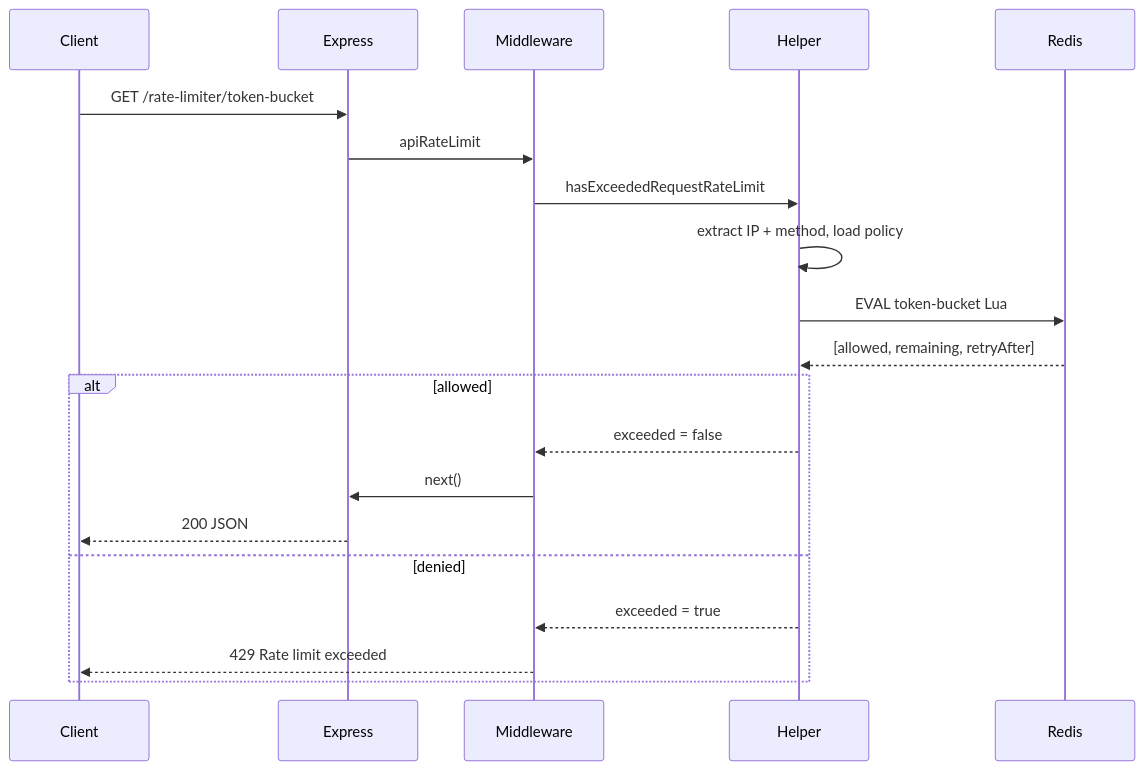
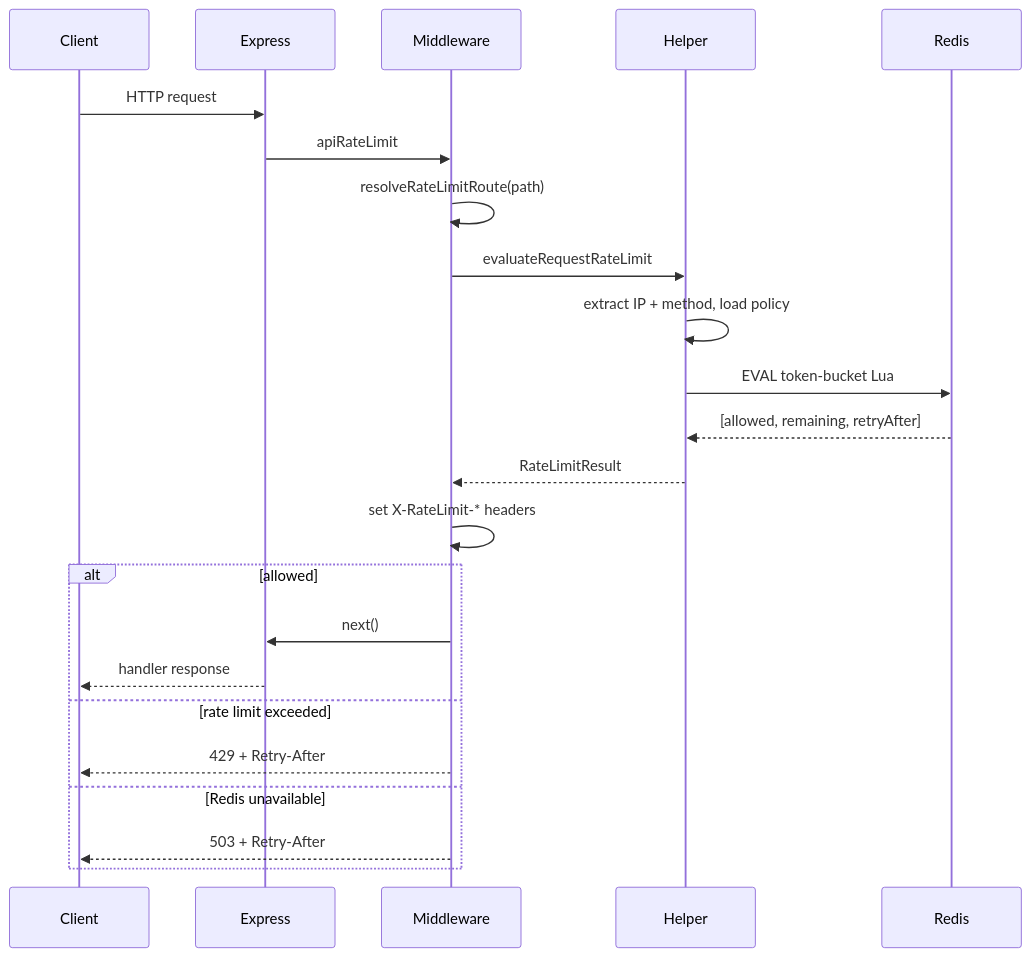
One commit to gerimujo496/rate-limiter changed the second of 2 diagrams in README.md. Above: the diagram before and after it, drawn with Mermaid. The commit also changed other lines of this file and 1 other file, not shown here.

````diff
--- a/README.md
+++ b/README.md
@@ -104,23 +68,26 @@
 ```mermaid
 sequenceDiagram
     participant Client
     participant Express
     participant Middleware
     participant Helper
     participant Redis
 
-    Client->>Express: GET /rate-limiter/token-bucket
+    Client->>Express: HTTP request
     Express->>Middleware: apiRateLimit
-    Middleware->>Helper: hasExceededRequestRateLimit
+    Middleware->>Middleware: resolveRateLimitRoute(path)
+    Middleware->>Helper: evaluateRequestRateLimit
     Helper->>Helper: extract IP + method, load policy
     Helper->>Redis: EVAL token-bucket Lua
     Redis-->>Helper: [allowed, remaining, retryAfter]
+    Helper-->>Middleware: RateLimitResult
+    Middleware->>Middleware: set X-RateLimit-* headers
     alt allowed
-        Helper-->>Middleware: exceeded = false
         Middleware->>Express: next()
-        Express-->>Client: 200 JSON
-    else denied
-        Helper-->>Middleware: exceeded = true
-        Middleware-->>Client: 429 Rate limit exceeded
+        Express-->>Client: handler response
+    else rate limit exceeded
+        Middleware-->>Client: 429 + Retry-After
+    else Redis unavailable
+        Middleware-->>Client: 503 + Retry-After
     end
 ```
````
